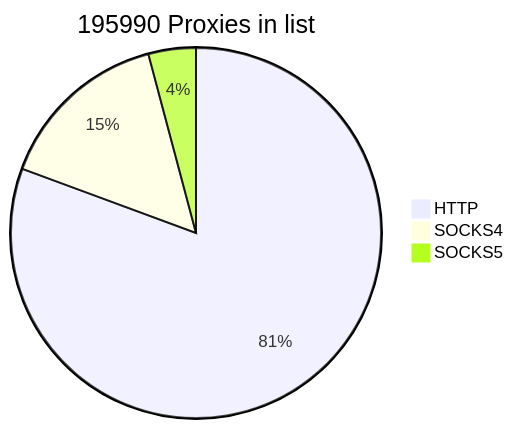
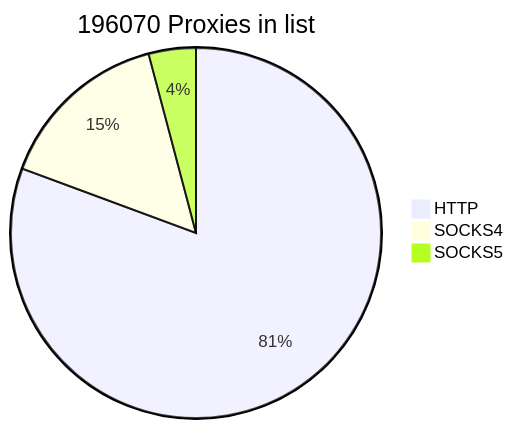
The first of 2 diagrams in README.md (cutipu/proxylist), drawn with Mermaid before and after one commit. The commit also changed other lines of this file, not shown here.

````diff
--- a/README.md
+++ b/README.md
@@ -2,7 +2,7 @@
 ```mermaid
-pie title 195990 Proxies in list
-    "HTTP" : 158044
-    "SOCKS4" : 29829
-    "SOCKS5" : 8117
+pie title 196070 Proxies in list
+    "HTTP" : 158121
+    "SOCKS4" : 29877
+    "SOCKS5" : 8072
             
 ```
````
